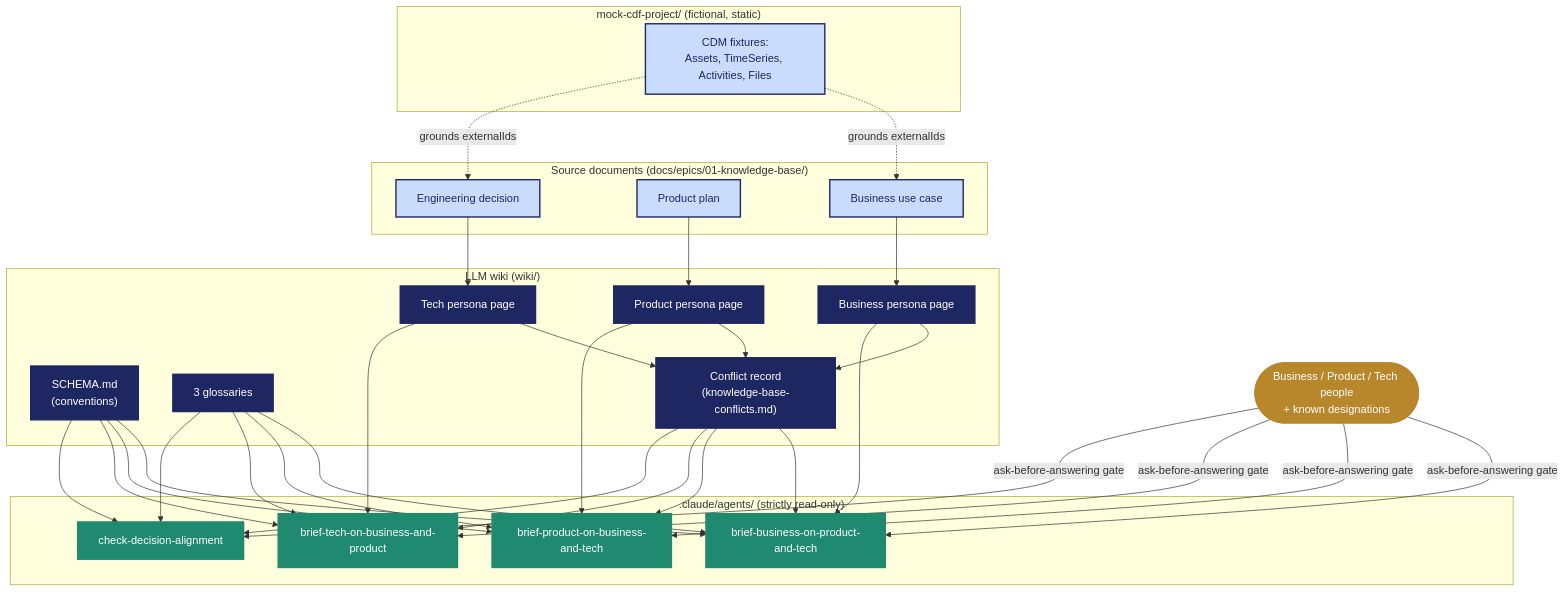
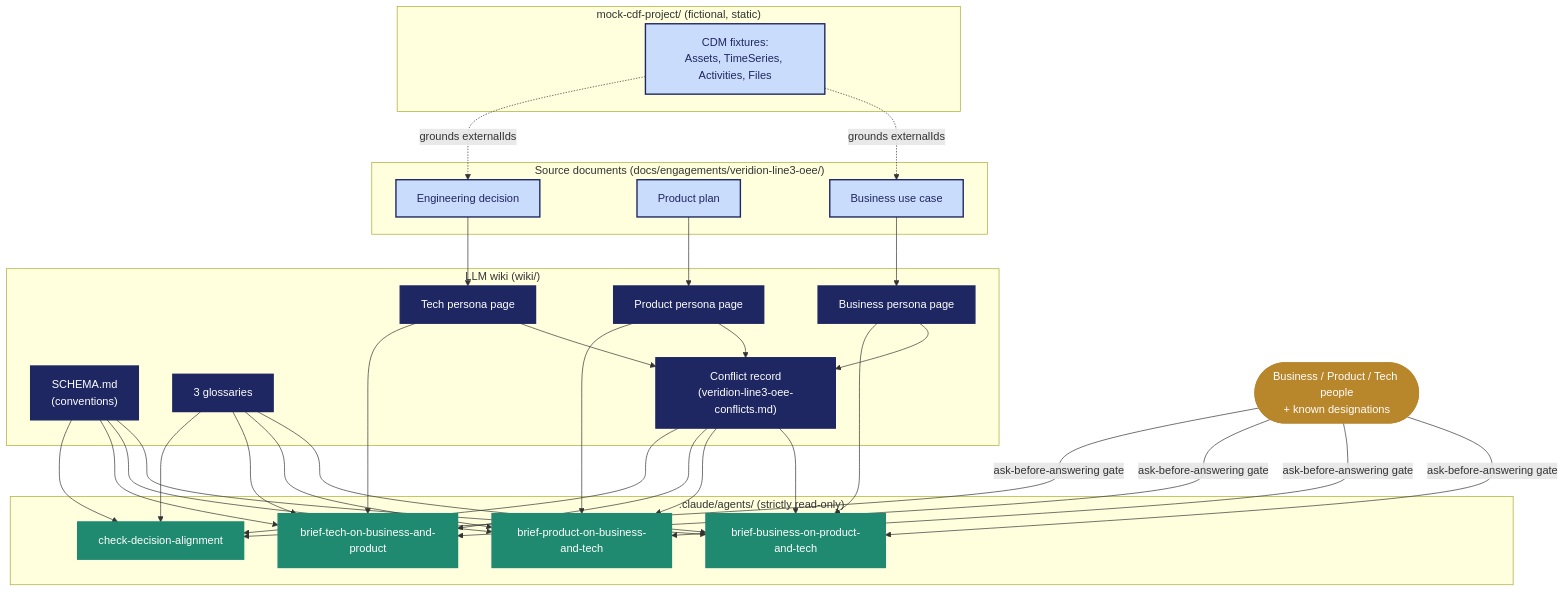
The diagram in docs/architecture/current-implementation.md (Pranav-Cognite/AdaptPro), drawn with Mermaid before and after one commit. The commit also changed other lines of this file and 42 other files, not shown here.

First line of the commit message:
Reframe AdaptPro around KB building and Veridion Line 3 OEE

````diff
--- a/docs/architecture/current-implementation.md
+++ b/docs/architecture/current-implementation.md
@@ -6,59 +8,59 @@
 ```mermaid
 flowchart TD
-    subgraph Sources["Source documents (docs/epics/01-knowledge-base/)"]
+    subgraph Sources["Source documents (docs/engagements/veridion-line3-oee/)"]
         BU["Business use case"]
         PRD["Product plan"]
         ADR["Engineering decision"]
     end
 
     subgraph CDFProj["mock-cdf-project/ (fictional, static)"]
         Fixtures["CDM fixtures:\nAssets, TimeSeries, Activities, Files"]
     end
 
     subgraph WikiBox["LLM wiki (wiki/)"]
         Schema["SCHEMA.md\n(conventions)"]
         BizP["Business persona page"]
         ProdP["Product persona page"]
         TechP["Tech persona page"]
         Gloss["3 glossaries"]
-        Conflicts["Conflict record\n(knowledge-base-conflicts.md)"]
+        Conflicts["Conflict record\n(veridion-line3-oee-conflicts.md)"]
     end
 
     subgraph AgentsBox[".claude/agents/ (strictly read-only)"]
         A1["brief-business-on-product-and-tech"]
         A2["brief-product-on-business-and-tech"]
         A3["brief-tech-on-business-and-product"]
         A4["check-decision-alignment"]
     end
 
     Humans(["Business / Product / Tech people\n+ known designations"])
 
     BU --> BizP
     PRD --> ProdP
     ADR --> TechP
     Fixtures -.grounds externalIds.-> BU
     Fixtures -.grounds externalIds.-> ADR
 
     BizP --> Conflicts
     ProdP --> Conflicts
     TechP --> Conflicts
 
     Schema --> A1 & A2 & A3 & A4
     Gloss --> A1 & A2 & A3 & A4
     Conflicts --> A1 & A2 & A3 & A4
     BizP --> A1
     ProdP --> A2
     TechP --> A3
 
     Humans -->|"ask-before-answering gate"| A1 & A2 & A3 & A4
 
     classDef source fill:#CADCFC,stroke:#1E2761,color:#1E2761,stroke-width:2px
     classDef wiki fill:#1E2761,stroke:#1E2761,color:#ffffff,stroke-width:2px
     classDef agent fill:#1F8A70,stroke:#1F8A70,color:#ffffff,stroke-width:2px
     classDef human fill:#B8862B,stroke:#B8862B,color:#ffffff,stroke-width:2px
 
     class BU,PRD,ADR,Fixtures source
     class Schema,BizP,ProdP,TechP,Gloss,Conflicts wiki
     class A1,A2,A3,A4 agent
     class Humans human
 ```
````
